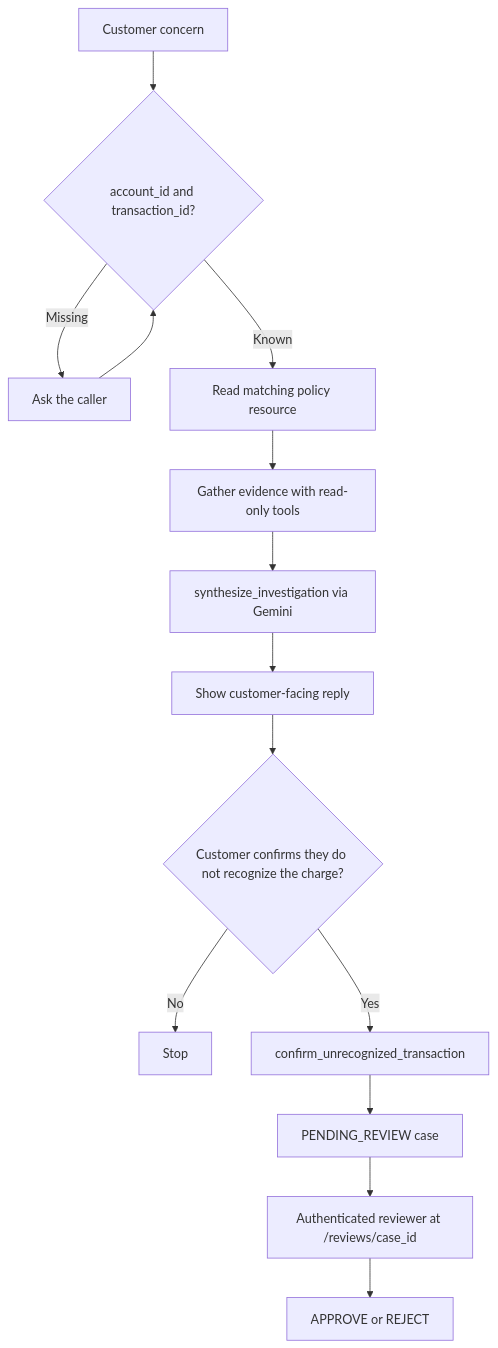
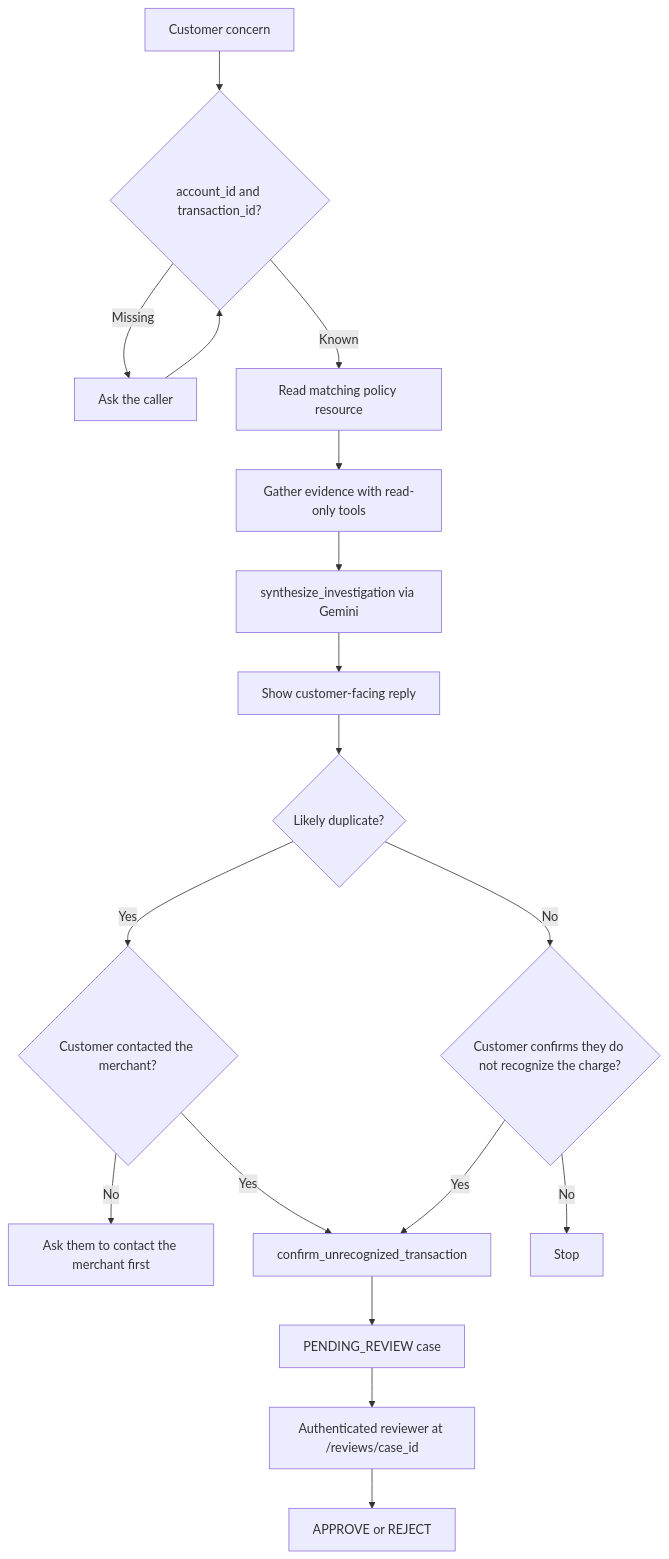
The diagram in README.md (abinashray008/financial-transaction-resolution-mcp), drawn with Mermaid before and after one commit. The commit also changed other lines of this file and 18 other files, not shown here.

Commit message:
feat: added more policy for unrecognized charge

````diff
--- a/README.md
+++ b/README.md
@@ -146,16 +148,20 @@
 ```mermaid
 flowchart TD
   A[Customer concern] --> B{account_id and transaction_id?}
   B -->|Missing| C[Ask the caller]
   C --> B
   B -->|Known| D[Read matching policy resource]
   D --> E[Gather evidence with read-only tools]
   E --> F[synthesize_investigation via Gemini]
   F --> G[Show customer-facing reply]
-  G --> H{Customer confirms they do not recognize the charge?}
-  H -->|No| I[Stop]
-  H -->|Yes| J[confirm_unrecognized_transaction]
+  G --> H{Likely duplicate?}
+  H -->|Yes| N{Customer contacted the merchant?}
+  N -->|No| O[Ask them to contact the merchant first]
+  N -->|Yes| J[confirm_unrecognized_transaction]
+  H -->|No| P{Customer confirms they do not recognize the charge?}
+  P -->|No| I[Stop]
+  P -->|Yes| J
   J --> K[PENDING_REVIEW case]
   K --> L[Authenticated reviewer at /reviews/case_id]
   L --> M[APPROVE or REJECT]
 ```
````
